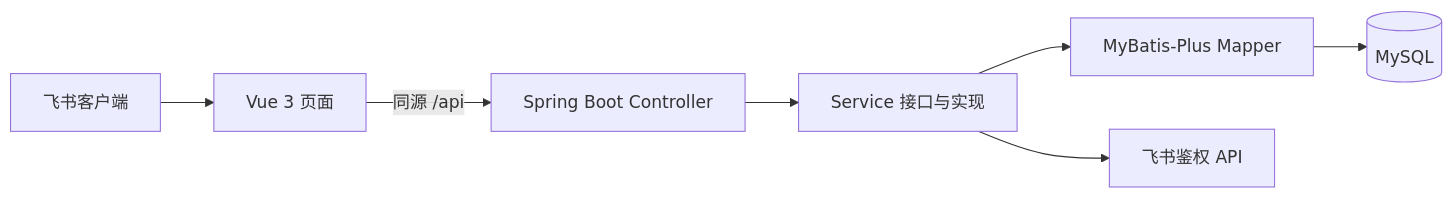
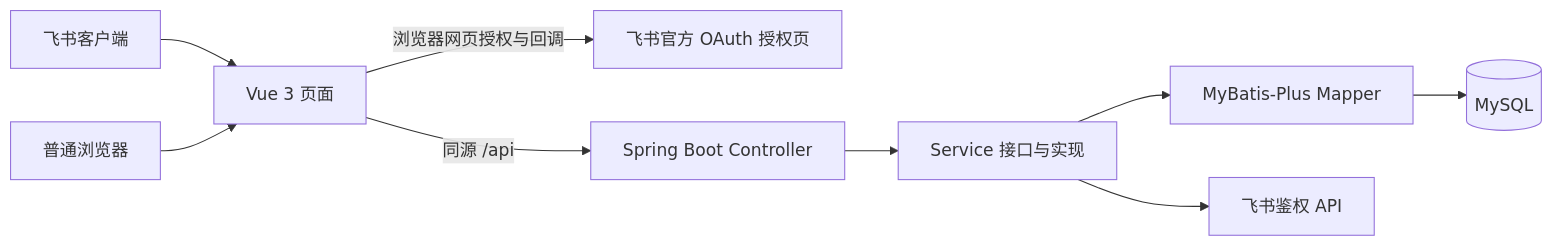
One commit to szhi1488/differentiated-policy changed the diagram in docs/architecture/system-overview.md. Above: the diagram before and after it, drawn with Mermaid. The commit also changed other lines of this file and 19 other files, not shown here.

````diff
--- a/docs/architecture/system-overview.md
+++ b/docs/architecture/system-overview.md
@@ -13,9 +13,11 @@
 ```mermaid
 flowchart LR
     F[飞书客户端] --> V[Vue 3 页面]
+    B[普通浏览器] --> V
+    V -->|浏览器网页授权与回调| O[飞书官方 OAuth 授权页]
     V -->|同源 /api| C[Spring Boot Controller]
     C --> S[Service 接口与实现]
     S --> M[MyBatis-Plus Mapper]
     M --> D[(MySQL)]
     S --> L[飞书鉴权 API]
 ```
````
